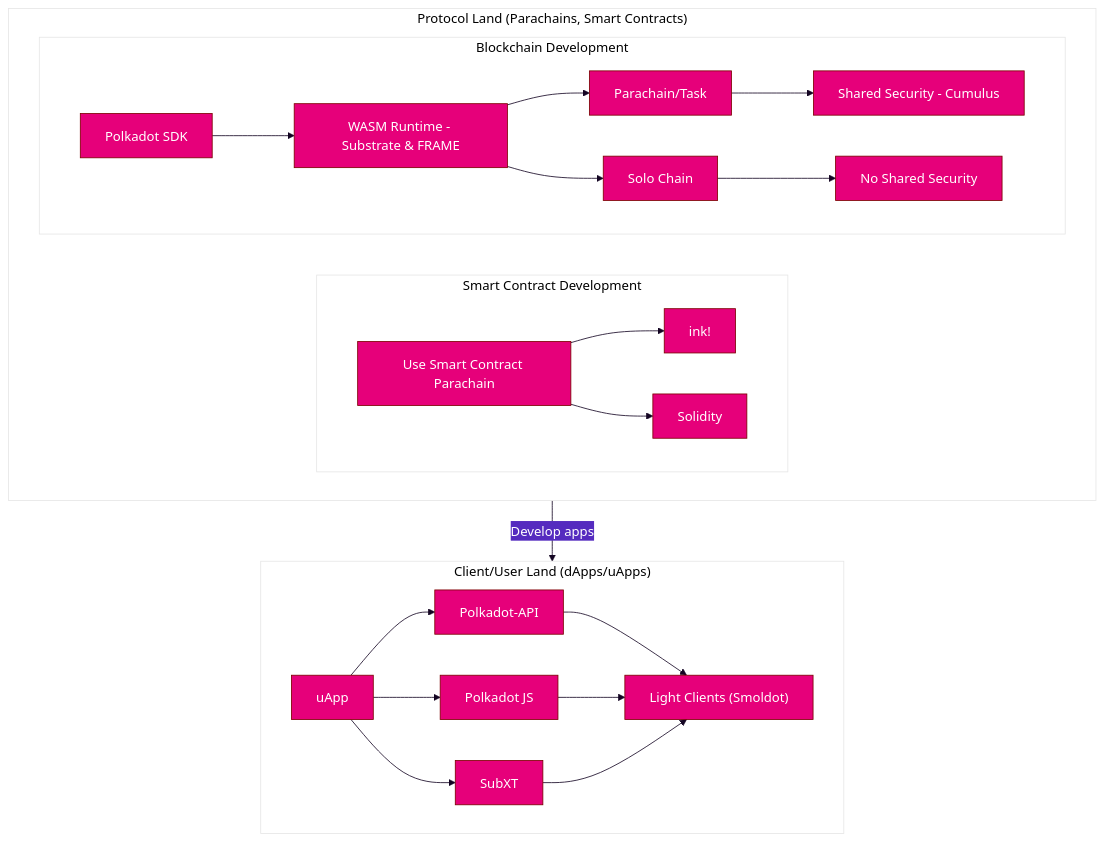
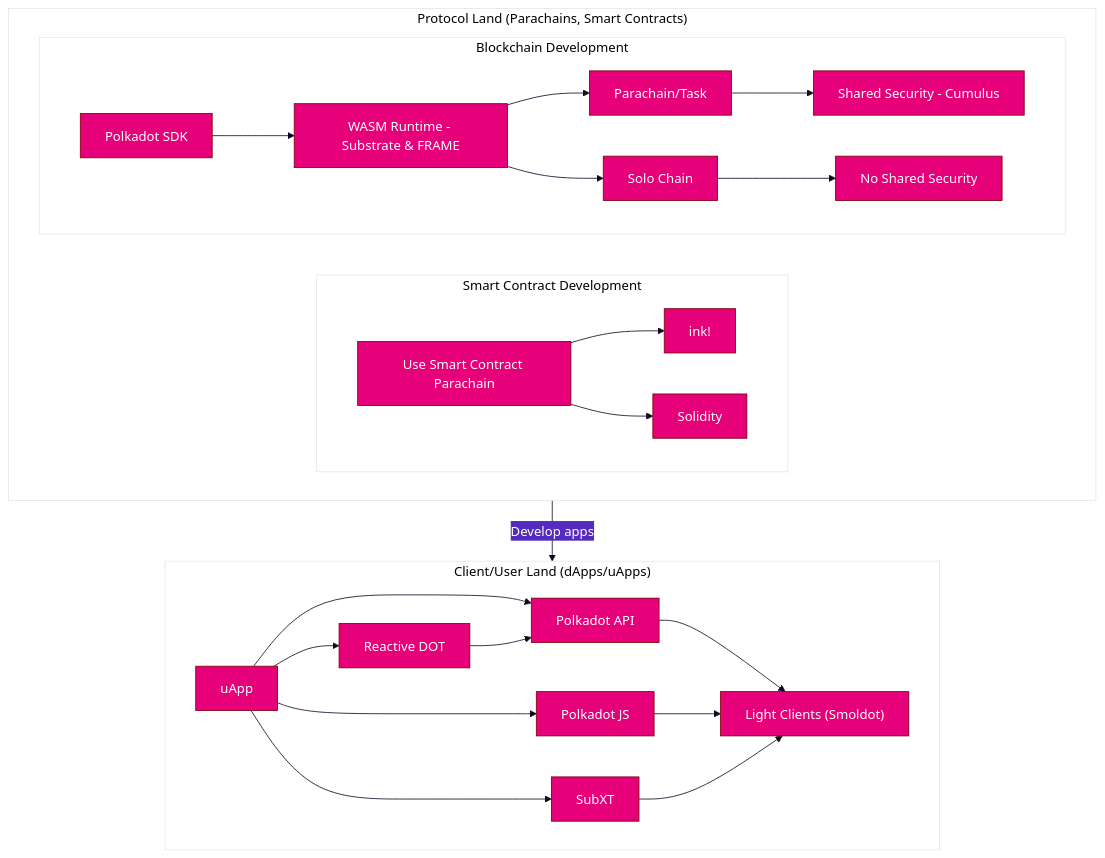
Before and after one commit to w3f/polkadot-wiki: the diagram in docs/build/build-guide.md, drawn with Mermaid. The commit also changed 3 other files, not shown here.

Commit message:
feat: add references to Reactive DOT, along with companion libraries & applications

````diff
--- a/docs/build/build-guide.md
+++ b/docs/build/build-guide.md
@@ -53,47 +53,50 @@
 ```mermaid
 %%{
  init: {
  'theme': 'base',
  'themeVariables': {
  'fontFamily': 'Unbounded',
  'primaryColor': '#E6007A',
  'fontSize': '16px',
  'primaryTextColor': '#fff',
  'primaryBorderColor': '#7C0000',
  'lineColor': '#140523',
  'secondaryColor': '#552BBF',
  'tertiaryColor': '#fff'
  }
  }
 }%%
 flowchart TB
  subgraph PL ["Protocol Land (Parachains, Smart Contracts)"]
 
  subgraph SCD ["Smart Contract Development"]
  direction LR
  SC["Use Smart Contract Parachain"]
  SC --> ink!
  SC --> Solidity
  end
 
  subgraph PSL ["Blockchain Development"]
  direction LR
  PS["Polkadot SDK"] --> R[WASM Runtime - Substrate & FRAME]
  R -->Parachain["Parachain/Task"]-->SSC["Shared Security - Cumulus"]
  R -->SoloChain[Solo Chain]-->NSS["No Shared Security"]
  end
  end
 
  PL-->| Develop apps| CS
 
  subgraph CS ["Client/User Land (dApps/uApps)"]
  LC["Light Clients (Smoldot)"]
  UA[uApp]
+ ReDot[Reactive DOT]
  UA --> PAPI[Polkadot-API]
+ UA --> ReDot
+ ReDot --> PAPI[Polkadot API]
  UA --> PJS[Polkadot JS]
  UA --> SubXT
  PAPI --> LC
  PJS --> LC
  SubXT --> LC
  end
 ```
````
